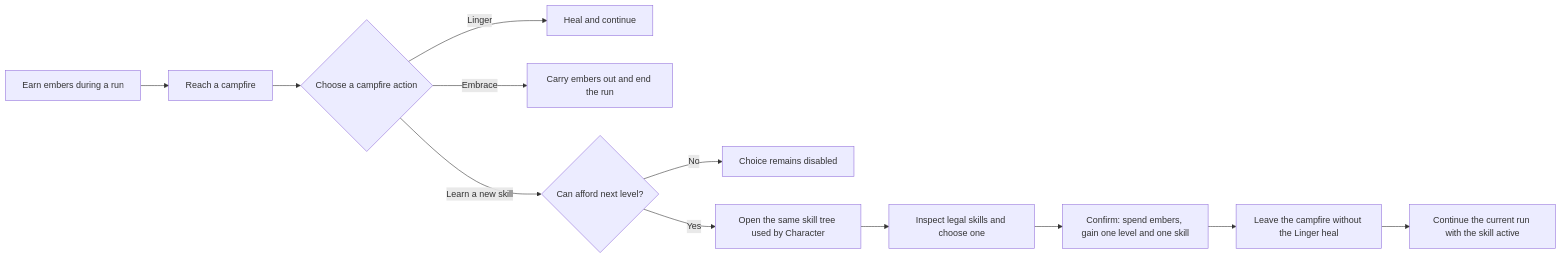
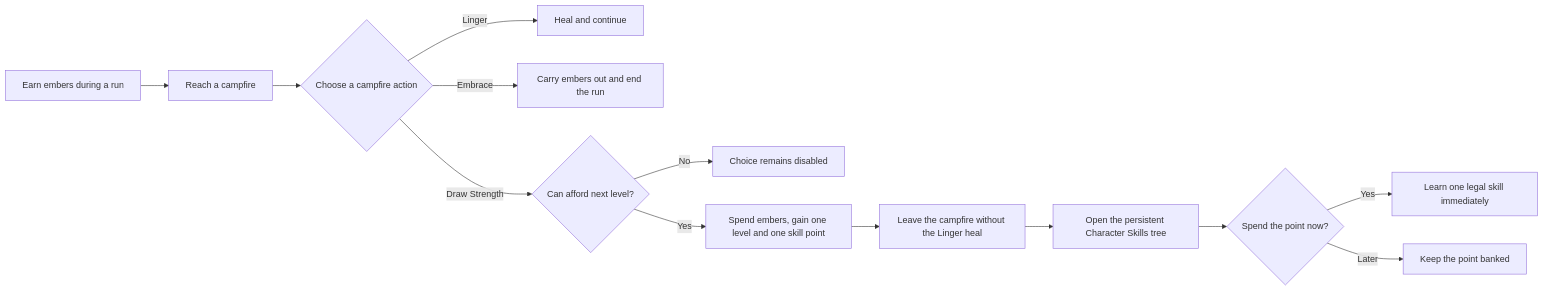
One commit to tyborg13/Labyrinth changed the first of 2 diagrams in spec/meta_leveling.md. Above: the diagram before and after it, drawn with Mermaid. The commit also changed other lines of this file and 15 other files, not shown here.

Commit message:
Fix skill tree hover performance and reset flow

````diff
--- a/spec/meta_leveling.md
+++ b/spec/meta_leveling.md
@@ -41,14 +44,15 @@
 ```mermaid
 flowchart LR
     A["Earn embers during a run"] --> B["Reach a campfire"]
     B --> C{"Choose a campfire action"}
     C -->|"Linger"| D["Heal and continue"]
     C -->|"Embrace"| E["Carry embers out and end the run"]
-    C -->|"Learn a new skill"| F{"Can afford next level?"}
+    C -->|"Draw Strength"| F{"Can afford next level?"}
     F -->|"No"| G["Choice remains disabled"]
-    F -->|"Yes"| H["Open the same skill tree used by Character"]
-    H --> I["Inspect legal skills and choose one"]
-    I --> J["Confirm: spend embers, gain one level and one skill"]
-    J --> K["Leave the campfire without the Linger heal"]
-    K --> L["Continue the current run with the skill active"]
+    F -->|"Yes"| H["Spend embers, gain one level and one skill point"]
+    H --> I["Leave the campfire without the Linger heal"]
+    I --> J["Open the persistent Character Skills tree"]
+    J --> K{"Spend the point now?"}
+    K -->|"Yes"| L["Learn one legal skill immediately"]
+    K -->|"Later"| M["Keep the point banked"]
 ```
````
